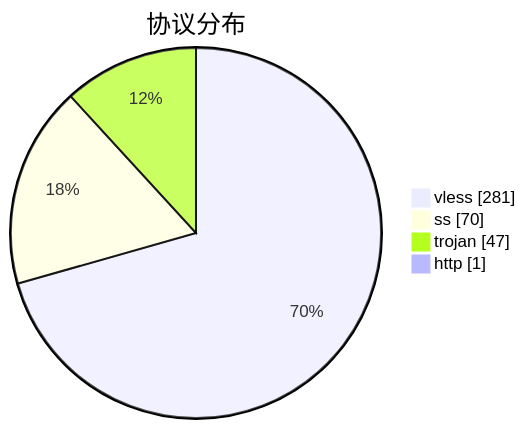
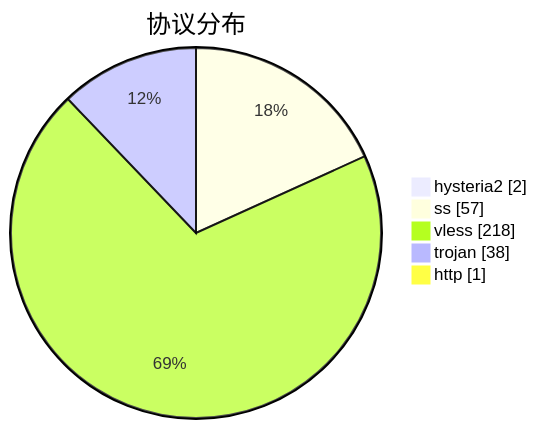
Before and after one commit to qjlxg/airport: the third of 3 diagrams in subs/statistics/tested_within.md, drawn with Mermaid. The commit also changed other lines of this file and 2 other files, not shown here.

````diff
--- a/subs/statistics/tested_within.md
+++ b/subs/statistics/tested_within.md
@@ -19,8 +19,9 @@
 ```mermaid
 pie showData
 title 协议分布
-"vless" : 281
-"ss" : 70
-"trojan" : 47
+"hysteria2" : 2
+"ss" : 57
+"vless" : 218
+"trojan" : 38
 "http" : 1
 ```
````
